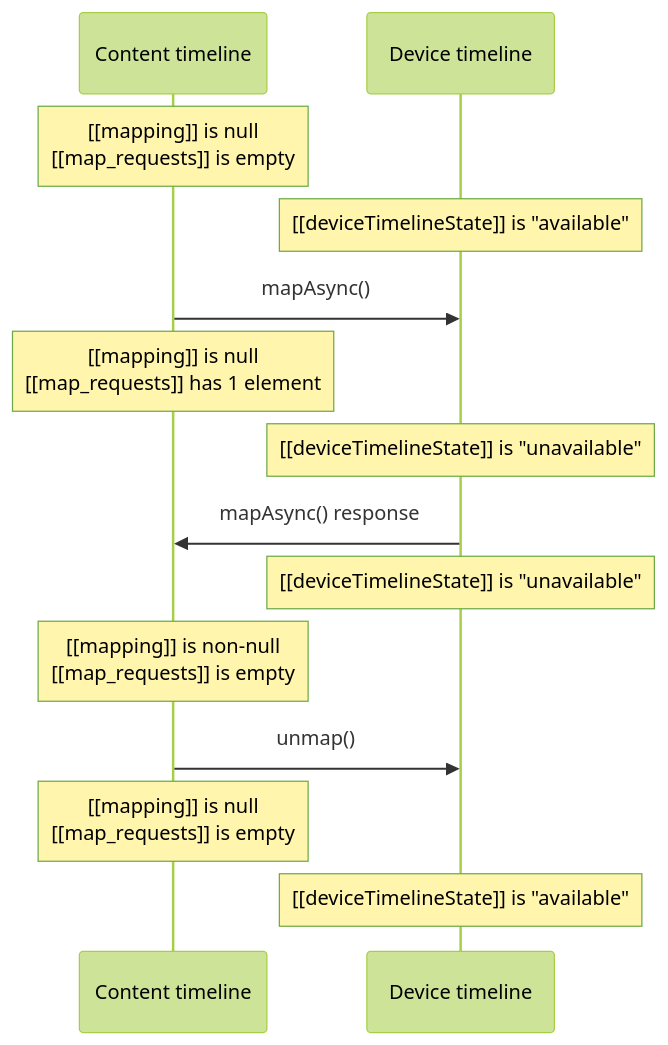
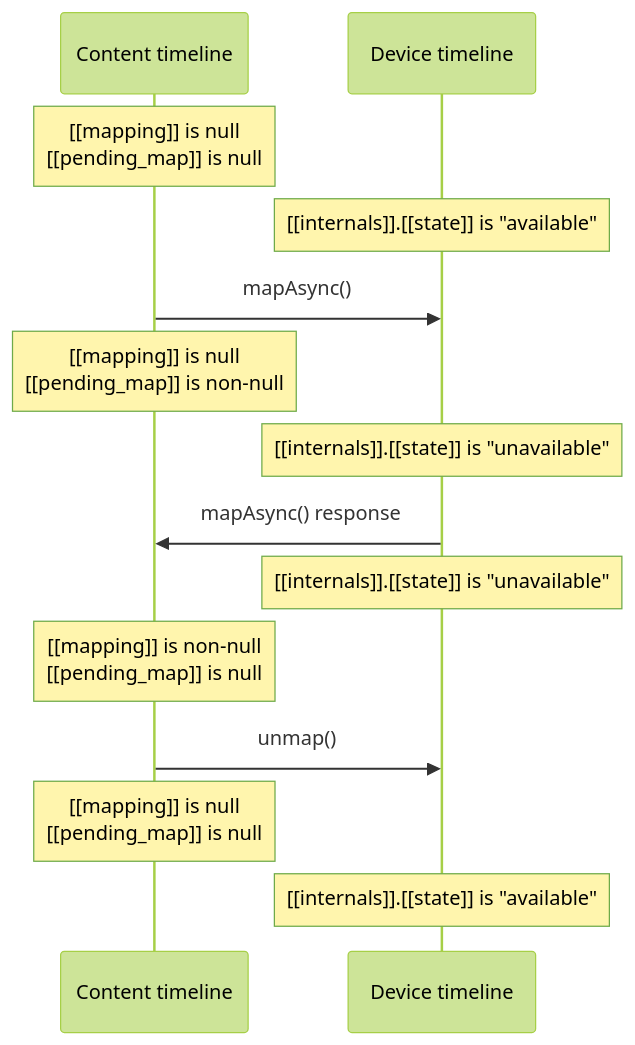
One commit to gpuweb/gpuweb changed the diagram in spec/diagrams/buffer-map-unmap.mmd. Above: the diagram before and after it, drawn with Mermaid (forest theme). The commit also changed 4 other files, not shown here.

```diff
--- a/spec/diagrams/buffer-map-unmap.mmd
+++ b/spec/diagrams/buffer-map-unmap.mmd
@@ -1,12 +1,12 @@
 sequenceDiagram
-    Note over Content timeline: [[mapping]] is null<br>[[map_requests]] is empty
-    Note over Device timeline: [[deviceTimelineState]] is "available"
+    Note over Content timeline: [[mapping]] is null<br>[[pending_map]] is null
+    Note over Device timeline: [[internals]].[[state]] is "available"
     Content timeline ->> Device timeline: mapAsync()
-    Note over Content timeline: [[mapping]] is null<br>[[map_requests]] has 1 element
-    Note over Device timeline: [[deviceTimelineState]] is "unavailable"
+    Note over Content timeline: [[mapping]] is null<br>[[pending_map]] is non-null
+    Note over Device timeline: [[internals]].[[state]] is "unavailable"
     Device timeline ->> Content timeline: mapAsync() response
-    Note over Device timeline: [[deviceTimelineState]] is "unavailable"
-    Note over Content timeline: [[mapping]] is non-null<br>[[map_requests]] is empty
+    Note over Device timeline: [[internals]].[[state]] is "unavailable"
+    Note over Content timeline: [[mapping]] is non-null<br>[[pending_map]] is null
     Content timeline ->> Device timeline: unmap()
-    Note over Content timeline: [[mapping]] is null<br>[[map_requests]] is empty
-    Note over Device timeline: [[deviceTimelineState]] is "available"
+    Note over Content timeline: [[mapping]] is null<br>[[pending_map]] is null
+    Note over Device timeline: [[internals]].[[state]] is "available"
```
